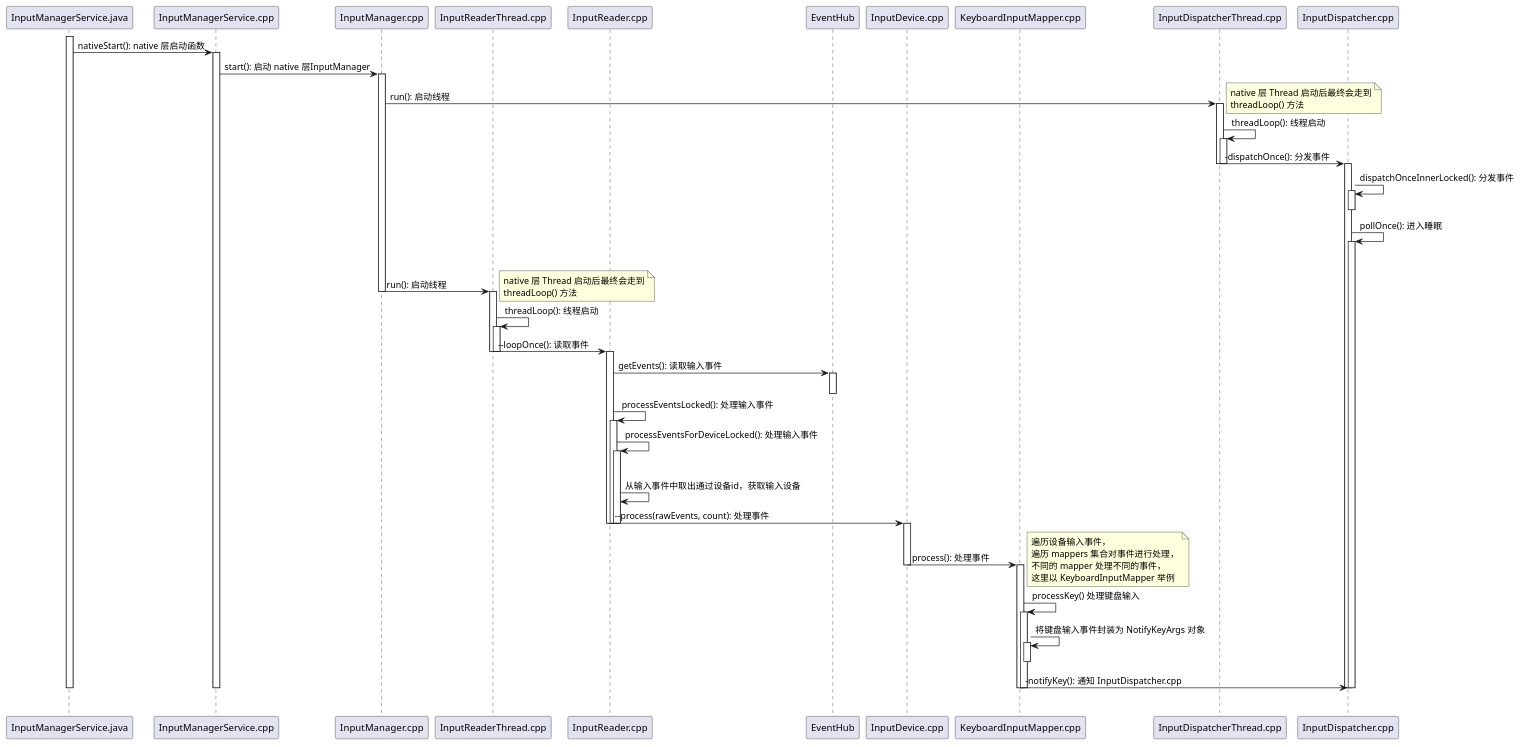
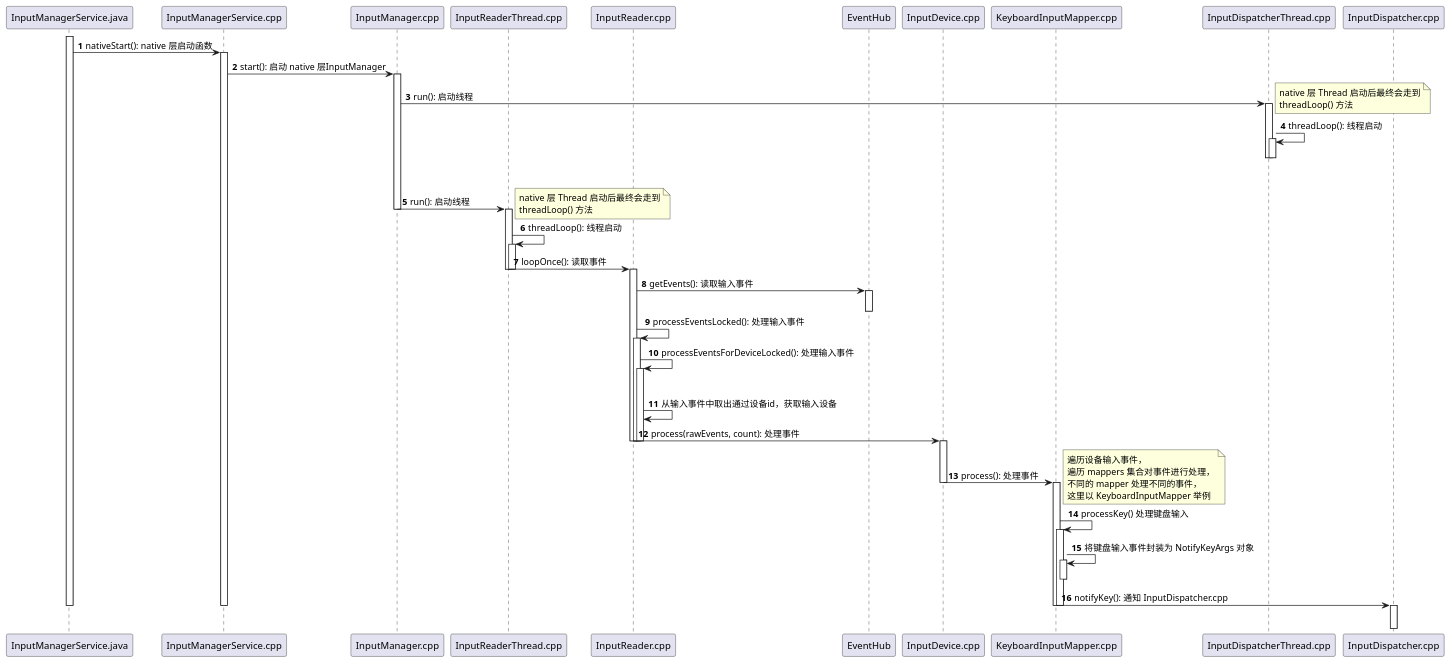
The diagram in doc/Android输入系统/IMS_input_reader.puml (xHonghui/android-26), drawn with PlantUML before and after one commit. The commit also changed 1 other file, not shown here.

```diff
--- a/doc/Android输入系统/IMS_input_reader.puml
+++ b/doc/Android输入系统/IMS_input_reader.puml
@@ -1,111 +1,106 @@
 @startuml
 'https://plantuml.com/sequence-diagram
-'IMS服务启动流程
-
+'IMS服务启动流程、事件读取与处理
+autonumber
 '实体定义
 participant InputManagerService.java
 participant InputManagerService.cpp
 participant InputManager.cpp
 participant InputReaderThread.cpp
 participant InputReader.cpp
 participant EventHub
 participant InputDevice.cpp
 participant KeyboardInputMapper.cpp
 participant InputDispatcherThread.cpp
 participant InputDispatcher.cpp
 
 
 
 
 '开始启动
 activate InputManagerService.java
 InputManagerService.java -> InputManagerService.cpp: nativeStart(): native 层启动函数
 activate InputManagerService.cpp
 InputManagerService.cpp ->  InputManager.cpp: start(): 启动 native 层InputManager
 
 activate InputManager.cpp
 InputManager.cpp -> InputDispatcherThread.cpp: run(): 启动线程
 note right
     native 层 Thread 启动后最终会走到
     threadLoop() 方法
 end note
 activate InputDispatcherThread.cpp
 InputDispatcherThread.cpp -> InputDispatcherThread.cpp: threadLoop(): 线程启动
 activate InputDispatcherThread.cpp
-InputDispatcherThread.cpp -> InputDispatcher.cpp: -dispatchOnce(): 分发事件
 deactivate InputDispatcherThread.cpp
 deactivate InputDispatcherThread.cpp
-activate InputDispatcher.cpp
-InputDispatcher.cpp -> InputDispatcher.cpp: dispatchOnceInnerLocked(): 分发事件
-activate InputDispatcher.cpp
-deactivate InputDispatcher.cpp
-InputDispatcher.cpp -> InputDispatcher.cpp: pollOnce(): 进入睡眠
-activate InputDispatcher.cpp
 |||
 
 'InputReader 流程
 InputManager.cpp -> InputReaderThread.cpp: run(): 启动线程
 deactivate InputManager.cpp
 
 note right
     native 层 Thread 启动后最终会走到
     threadLoop() 方法
 end note
 activate InputReaderThread.cpp
 InputReaderThread.cpp -> InputReaderThread.cpp: threadLoop(): 线程启动
 activate InputReaderThread.cpp
-InputReaderThread.cpp -> InputReader.cpp: --loopOnce(): 读取事件
+InputReaderThread.cpp -> InputReader.cpp: loopOnce(): 读取事件
 deactivate InputReaderThread.cpp
 deactivate InputReaderThread.cpp
 
 activate InputReader.cpp
 InputReader.cpp -> EventHub: getEvents(): 读取输入事件
 activate EventHub
 deactivate EventHub
 InputReader.cpp -> InputReader.cpp: processEventsLocked(): 处理输入事件
 activate InputReader.cpp
 InputReader.cpp -> InputReader.cpp: processEventsForDeviceLocked(): 处理输入事件
 activate InputReader.cpp
 |||
 InputReader.cpp -> InputReader.cpp: 从输入事件中取出通过设备id，获取输入设备
-InputReader.cpp -> InputDevice.cpp: --process(rawEvents, count): 处理事件
+InputReader.cpp -> InputDevice.cpp: process(rawEvents, count): 处理事件
 deactivate InputReader.cpp
 deactivate InputReader.cpp
 deactivate InputReader.cpp
 
 activate InputDevice.cpp
 InputDevice.cpp -> KeyboardInputMapper.cpp: process(): 处理事件
 deactivate InputDevice.cpp
 note right
     遍历设备输入事件，
     遍历 mappers 集合对事件进行处理，
     不同的 mapper 处理不同的事件，
     这里以 KeyboardInputMapper 举例
 end note
 activate KeyboardInputMapper.cpp
 KeyboardInputMapper.cpp -> KeyboardInputMapper.cpp: processKey() 处理键盘输入
 activate KeyboardInputMapper.cpp
 KeyboardInputMapper.cpp -> KeyboardInputMapper.cpp: 将键盘输入事件封装为 NotifyKeyArgs 对象
 activate KeyboardInputMapper.cpp
 deactivate KeyboardInputMapper.cpp
-KeyboardInputMapper.cpp -> InputDispatcher.cpp: -notifyKey(): 通知 InputDispatcher.cpp
+KeyboardInputMapper.cpp -> InputDispatcher.cpp: notifyKey(): 通知 InputDispatcher.cpp
 deactivate KeyboardInputMapper.cpp
 deactivate KeyboardInputMapper.cpp
+activate InputDispatcher.cpp
+deactivate InputDispatcher.cpp
 |||
 
 'InputDispatcher 流程
 
 deactivate InputDispatcher.cpp
 deactivate InputDispatcher.cpp
 
 
 
 
 
 
 
 deactivate InputManagerService.cpp
 deactivate InputManagerService.java
 
 
 @enduml
```
